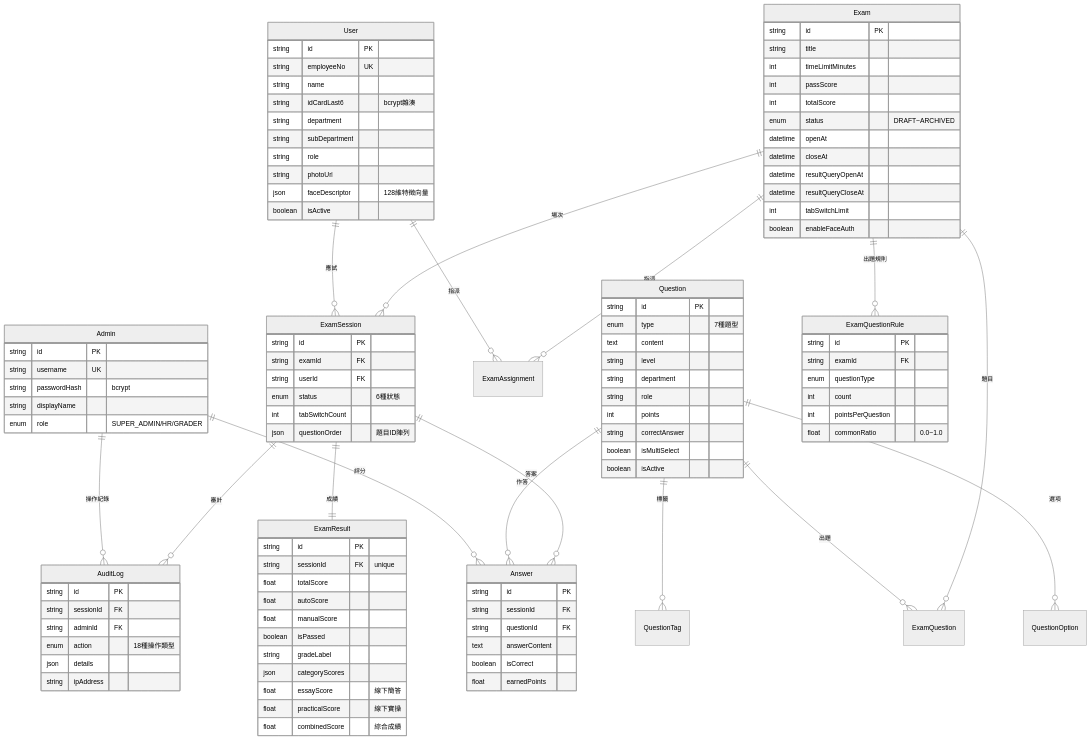
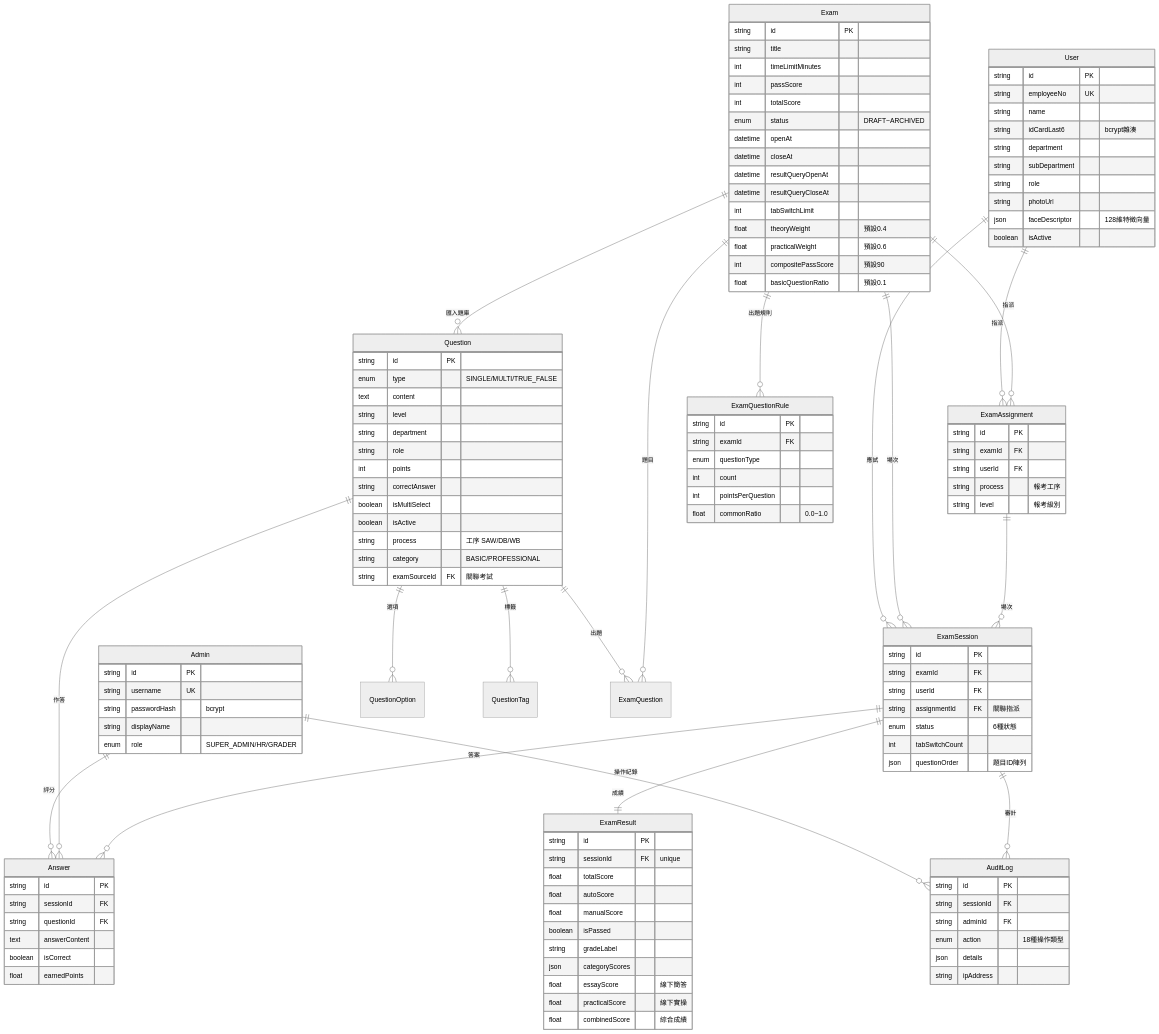
Before and after one commit to Aken-Teams/hr-online-test: the fourth of 7 diagrams in SDD-Engineer.md, drawn with Mermaid (neutral theme). The commit also changed other lines of this file and 81 other files, not shown here.

```diff
--- a/SDD-Engineer.md
+++ b/SDD-Engineer.md
@@ -142,6 +152,9 @@
     Exam ||--o{ ExamQuestion : "題目"
     Exam ||--o{ ExamAssignment : "指派"
     Exam ||--o{ ExamSession : "場次"
+    Exam ||--o{ Question : "匯入題庫"
+
+    ExamAssignment ||--o{ ExamSession : "場次"
 
     ExamSession ||--o{ Answer : "答案"
     ExamSession ||--|| ExamResult : "成績"
@@ -170,7 +183,7 @@
 
     Question {
         string id PK
-        enum type "7種題型"
+        enum type "SINGLE/MULTI/TRUE_FALSE"
         text content
         string level
         string department
@@ -179,6 +192,9 @@
         string correctAnswer
         boolean isMultiSelect
         boolean isActive
+        string process "工序 SAW/DB/WB"
+        string category "BASIC/PROFESSIONAL"
+        string examSourceId FK "關聯考試"
     }
 
     Exam {
@@ -193,7 +209,10 @@
         datetime resultQueryOpenAt
         datetime resultQueryCloseAt
         int tabSwitchLimit
-        boolean enableFaceAuth
+        float theoryWeight "預設0.4"
+        float practicalWeight "預設0.6"
+        int compositePassScore "預設90"
+        float basicQuestionRatio "預設0.1"
     }
 
     ExamQuestionRule {
@@ -205,10 +224,19 @@
         float commonRatio "0.0~1.0"
     }
 
+    ExamAssignment {
+        string id PK
+        string examId FK
+        string userId FK
+        string process "報考工序"
+        string level "報考級別"
+    }
+
     ExamSession {
         string id PK
         string examId FK
         string userId FK
+        string assignmentId FK "關聯指派"
         enum status "6種狀態"
         int tabSwitchCount
         json questionOrder "題目ID陣列"
```
